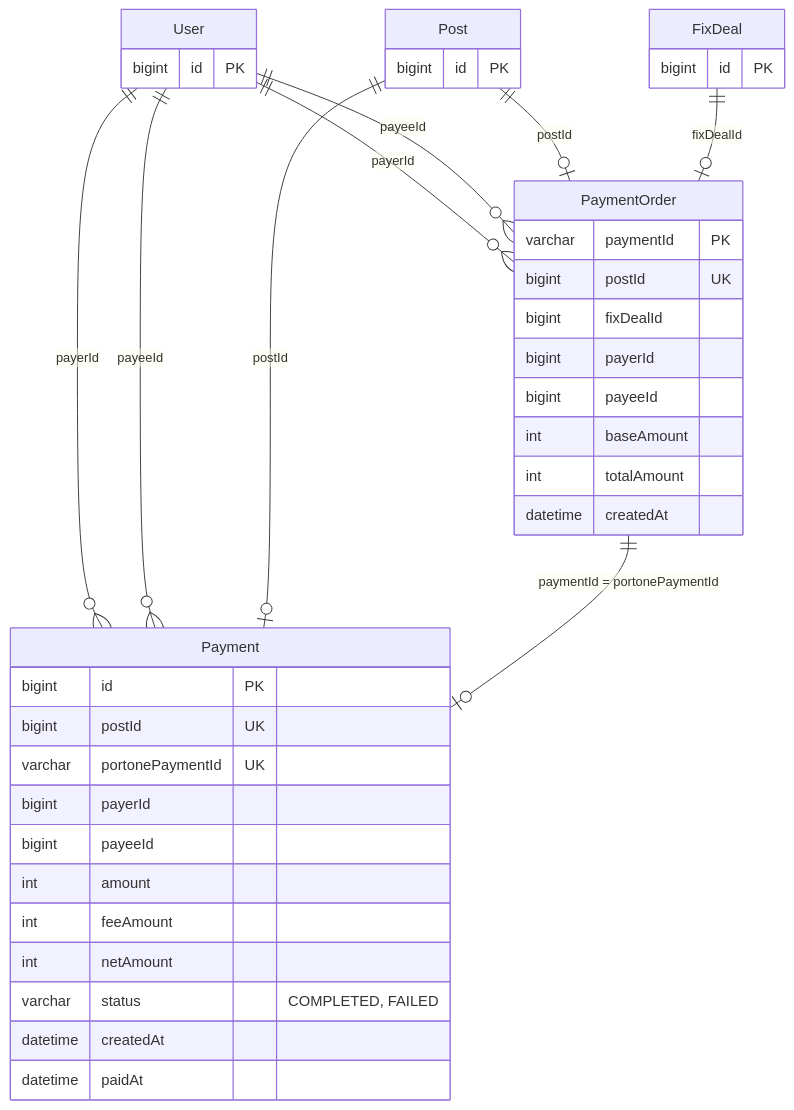
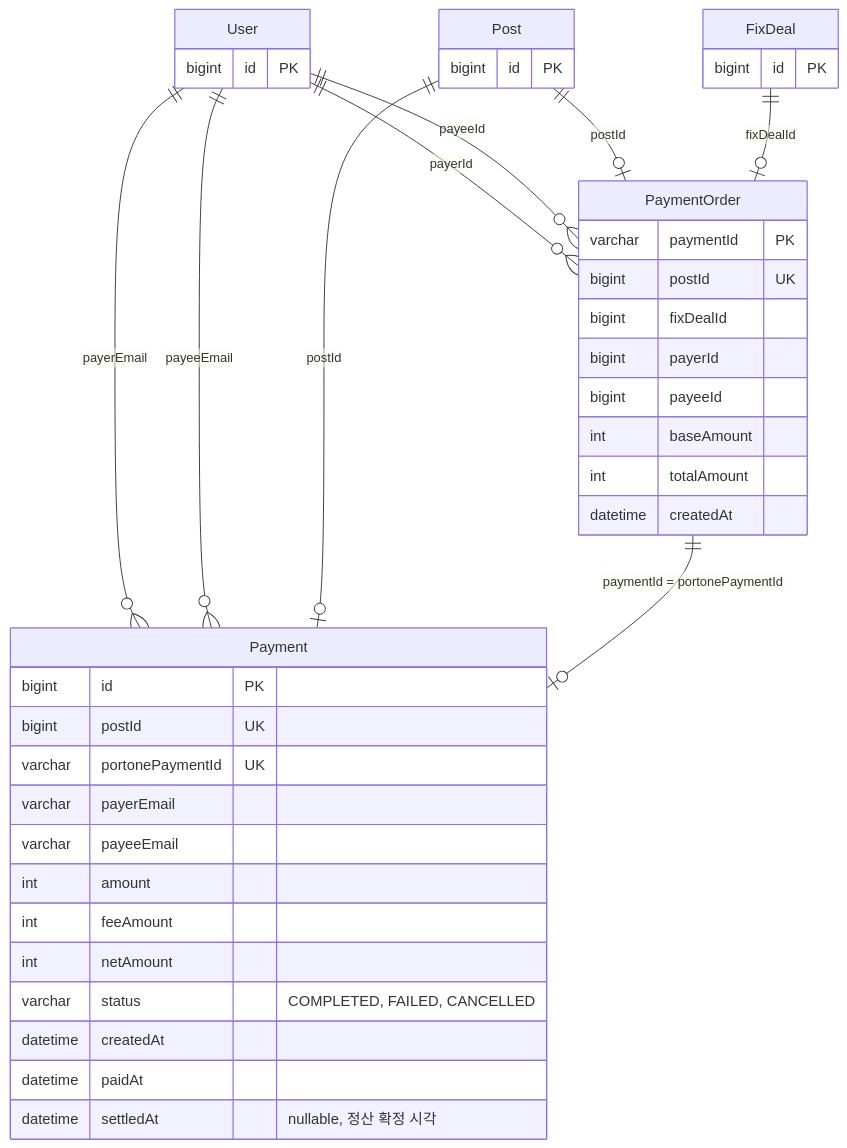
One commit to likelion-backend-24th/Final-Project-Mokoco changed the third of 4 diagrams in docs/ERD 정의서.md. Above: the diagram before and after it, drawn with Mermaid. The commit also changed other lines of this file and 10 other files, not shown here.

````diff
--- a/docs/ERD 정의서.md
+++ b/docs/ERD 정의서.md
@@ -236,55 +236,56 @@
 ```mermaid
 erDiagram
     %% payment-service 소유
     %% 외부 서비스 User/Post/FixDeal은 ID로만 논리 참조
     %% PaymentOrder.paymentId와 Payment.portonePaymentId는
     %% 동일 결제 건을 식별하지만 DB FK는 생성하지 않는다.
 
     User {
         bigint id PK
     }
 
     Post {
         bigint id PK
     }
 
     FixDeal {
         bigint id PK
     }
 
     PaymentOrder {
         varchar paymentId PK
         bigint postId UK
         bigint fixDealId
         bigint payerId
         bigint payeeId
         int baseAmount
         int totalAmount
         datetime createdAt
     }
 
     Payment {
         bigint id PK
         bigint postId UK
         varchar portonePaymentId UK
-        bigint payerId
-        bigint payeeId
+        varchar payerEmail
+        varchar payeeEmail
         int amount
         int feeAmount
         int netAmount
-        varchar status "COMPLETED, FAILED"
+        varchar status "COMPLETED, FAILED, CANCELLED"
         datetime createdAt
         datetime paidAt
+        datetime settledAt "nullable, 정산 확정 시각"
     }
 
     User ||--o{ PaymentOrder : "payerId"
     User ||--o{ PaymentOrder : "payeeId"
-    User ||--o{ Payment : "payerId"
-    User ||--o{ Payment : "payeeId"
+    User ||--o{ Payment : "payerEmail"
+    User ||--o{ Payment : "payeeEmail"
 
     Post ||--o| PaymentOrder : "postId"
     FixDeal ||--o| PaymentOrder : "fixDealId"
     Post ||--o| Payment : "postId"
 
     PaymentOrder ||--o| Payment : "paymentId = portonePaymentId"
 ```
````
